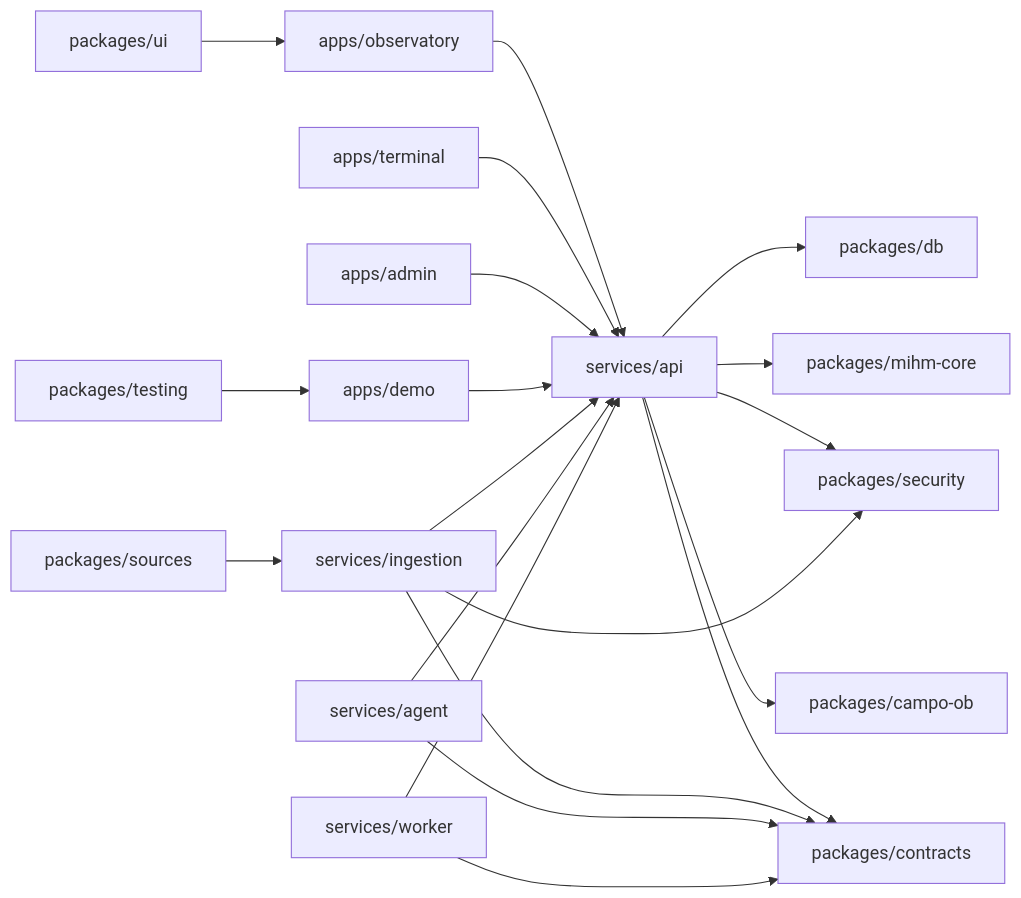
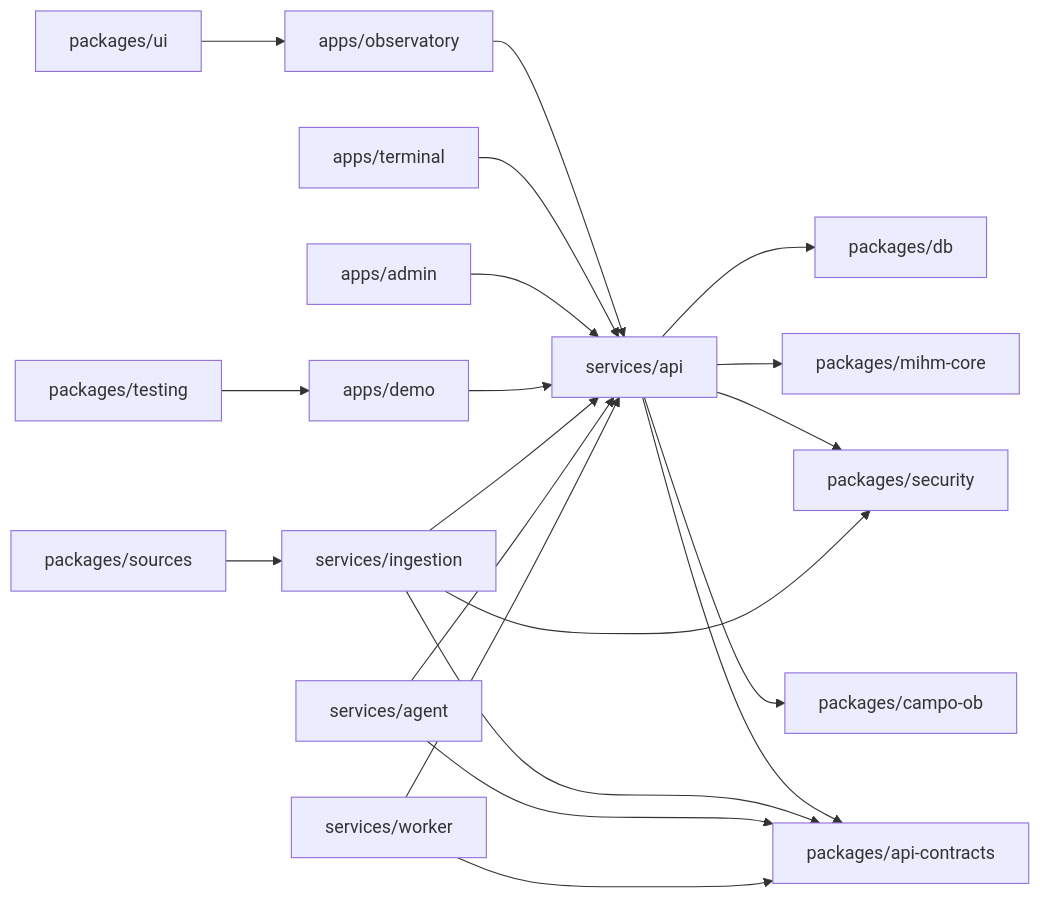
Before and after one commit to Aptymok/system-friction: the diagram in docs/MONOREPO_TARGET_ARCHITECTURE.md, drawn with Mermaid. The commit also changed other lines of this file and 3 other files, not shown here.

````diff
--- a/docs/MONOREPO_TARGET_ARCHITECTURE.md
+++ b/docs/MONOREPO_TARGET_ARCHITECTURE.md
@@ -271,27 +271,27 @@
 ```mermaid
 flowchart LR
   O["apps/observatory"] --> API["services/api"]
   T["apps/terminal"] --> API
   A["apps/admin"] --> API
   D["apps/demo"] --> API
 
   API --> SEC["packages/security"]
-  API --> C["packages/contracts"]
+  API --> C["packages/api-contracts"]
   API --> FIELD["packages/campo-ob"]
   API --> MIHM["packages/mihm-core"]
   API --> DB["packages/db"]
 
   ING["services/ingestion"] --> SEC
   ING --> C
   ING --> API
 
   AG["services/agent"] --> C
   AG --> API
 
   W["services/worker"] --> API
   W --> C
 
   SRC["packages/sources"] --> ING
   UI["packages/ui"] --> O
   TEST["packages/testing"] --> D
 ```
````
